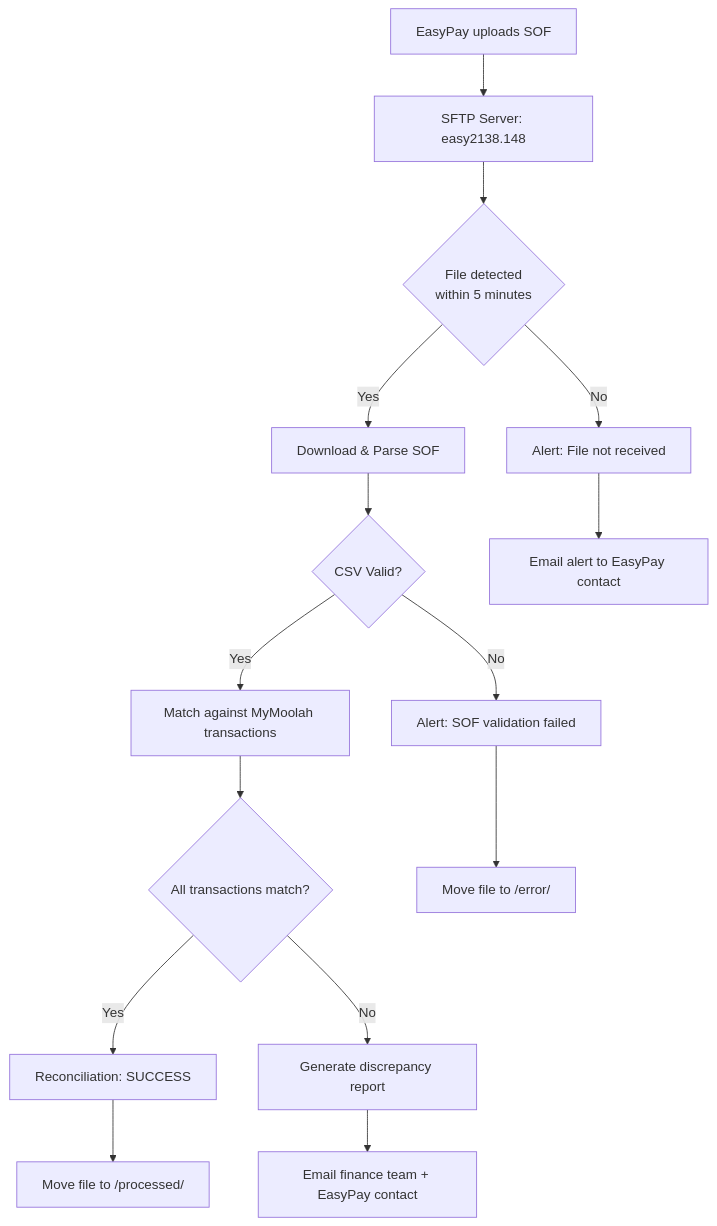
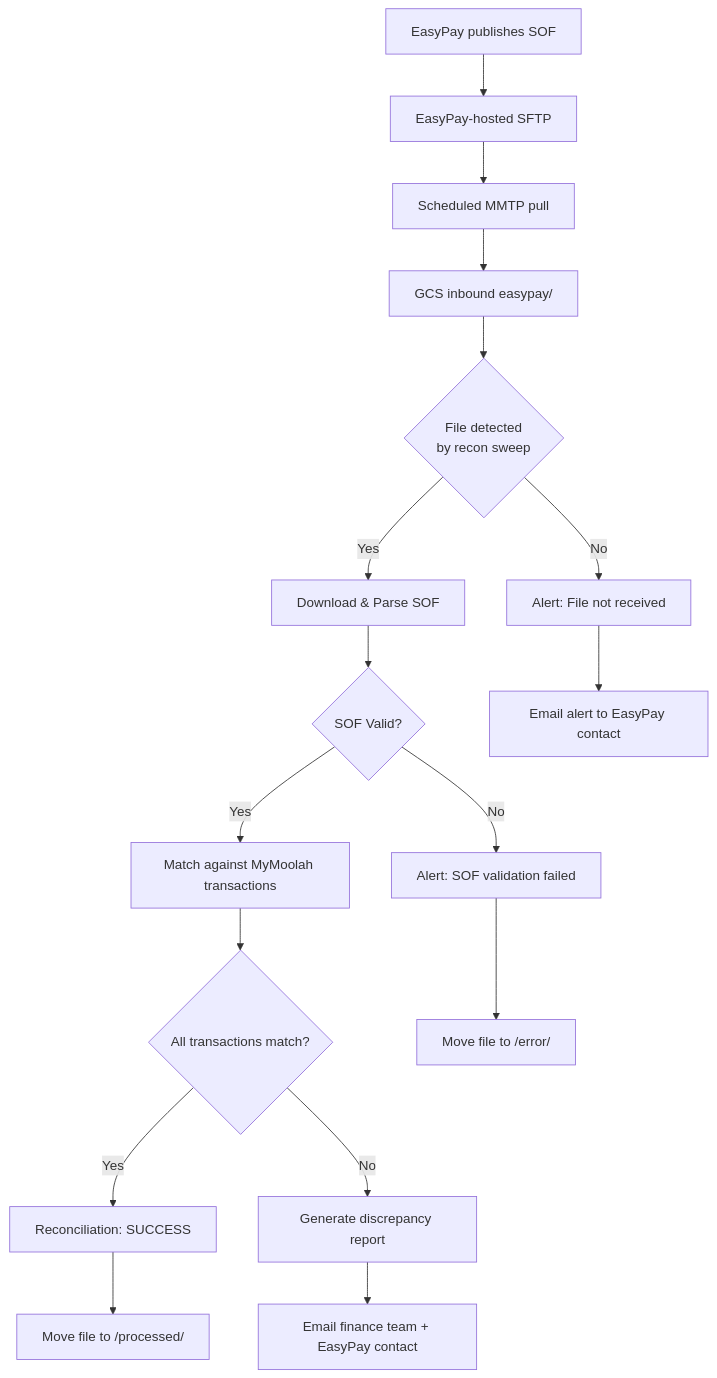
One commit to mymoolah-africa/mymoolah-platform changed the fifth of 7 diagrams in docs/integrations/EasyPay_API_Integration_Guide.md. Above: the diagram before and after it, drawn with Mermaid. The commit also changed other lines of this file and 18 other files, not shown here.

First line of the commit message:
feat(easypay): automate hosted SFTP reconciliation pull

````diff
--- a/docs/integrations/EasyPay_API_Integration_Guide.md
+++ b/docs/integrations/EasyPay_API_Integration_Guide.md
@@ -1206,17 +1219,19 @@
 ```mermaid
 flowchart TD
-    A[EasyPay uploads SOF] --> B[SFTP Server: easy2138.148]
-    B --> C{File detected<br/>within 5 minutes}
-    C -->|Yes| D[Download & Parse SOF]
-    C -->|No| E[Alert: File not received]
-    D --> F{CSV Valid?}
-    F -->|No| G[Alert: SOF validation failed]
-    F -->|Yes| H[Match against MyMoolah transactions]
-    H --> I{All transactions match?}
-    I -->|Yes| J[Reconciliation: SUCCESS]
-    I -->|No| K[Generate discrepancy report]
-    K --> L[Email finance team + EasyPay contact]
-    J --> M[Move file to /processed/]
-    G --> N[Move file to /error/]
-    E --> O[Email alert to EasyPay contact]
+    A[EasyPay publishes SOF] --> B[EasyPay-hosted SFTP]
+    B --> C[Scheduled MMTP pull]
+    C --> D[GCS inbound easypay/]
+    D --> E{File detected<br/>by recon sweep}
+    E -->|Yes| F[Download & Parse SOF]
+    E -->|No| G[Alert: File not received]
+    F --> H{SOF Valid?}
+    H -->|No| I[Alert: SOF validation failed]
+    H -->|Yes| J[Match against MyMoolah transactions]
+    J --> K{All transactions match?}
+    K -->|Yes| L[Reconciliation: SUCCESS]
+    K -->|No| M[Generate discrepancy report]
+    M --> N[Email finance team + EasyPay contact]
+    L --> O[Move file to /processed/]
+    I --> P[Move file to /error/]
+    G --> Q[Email alert to EasyPay contact]
 ```
````
